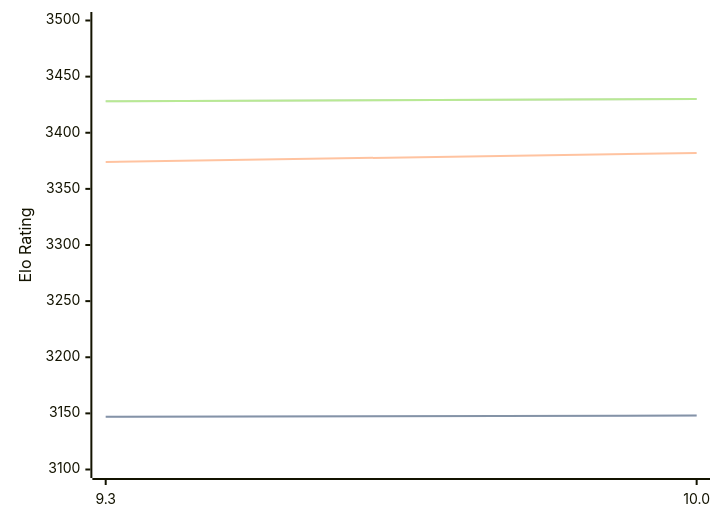
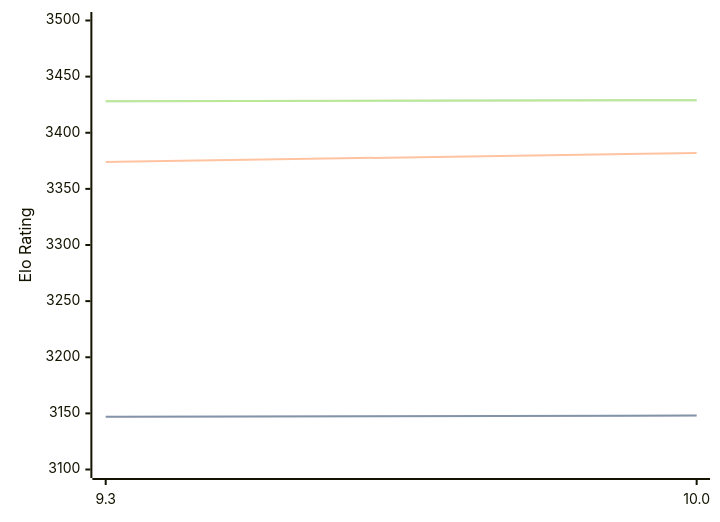
Before and after one commit to computer-chess-index/cci: the diagram in engines/Fire.md, drawn with Mermaid. The commit also changed other lines of this file, not shown here.

Commit message:
Update CCI Ratings (ELO VLTC) - 2026-08-31

````diff
--- a/engines/Fire.md
+++ b/engines/Fire.md
@@ -32,11 +32,11 @@
 ```mermaid
 %%{init: {"theme":"base","themeVariables":{"seriesColors:['#a3a3a3','#222221','#faa371']}}}%%
 xychart-beta
   x-axis ["9.3", "10.0"]
   y-axis "Elo Rating" 3100 --> 3500
   line "" [3147, 3148]
   line "STC (8.0+0.08s)" [3147, 3148]
   line "LTC (60.0+0.60s)" [3374, 3382]
-  line "" [3428, 3430]
-  line "VLTC (2m24s+1.12s)" [3428, 3430]
+  line "" [3428, 3429]
+  line "VLTC (2m24s+1.12s)" [3428, 3429]
 ```
````
